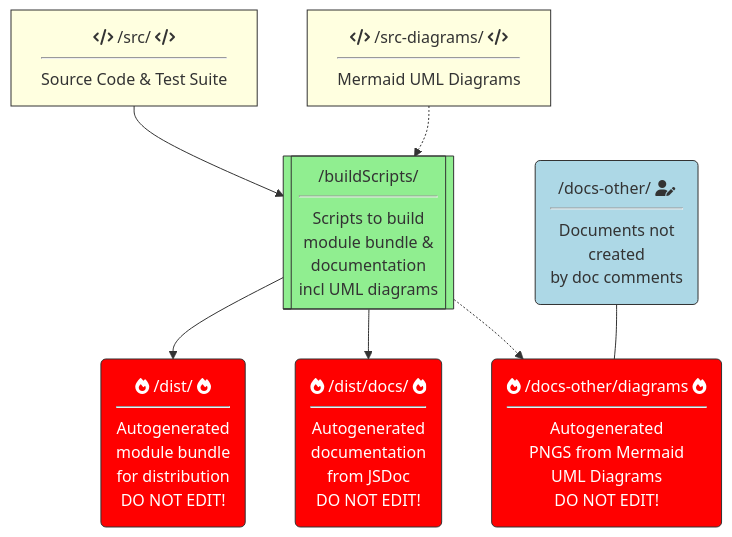
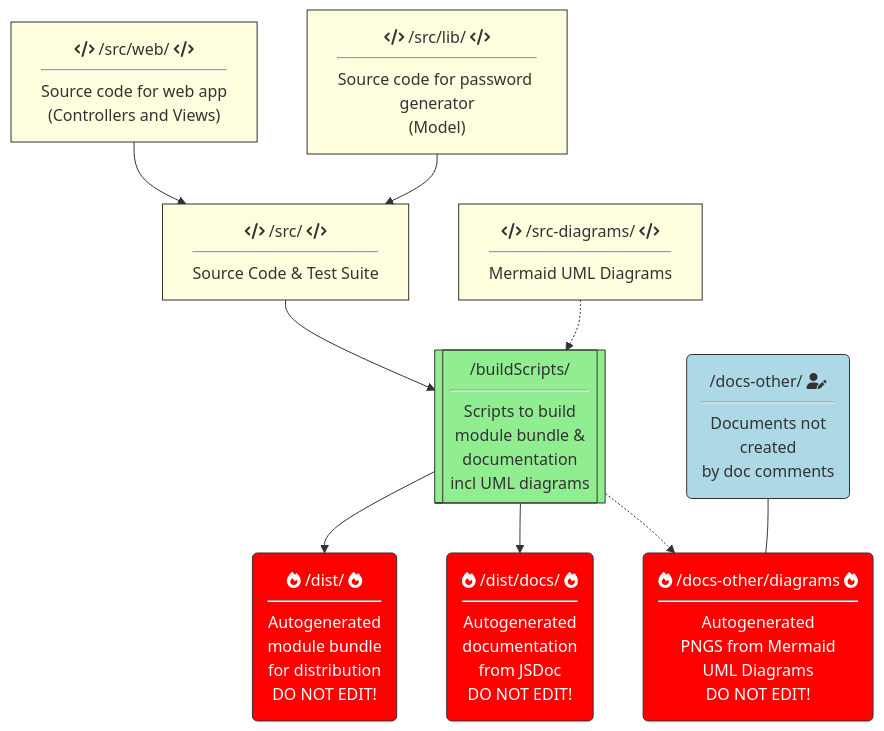
One commit to bartificer/xkpasswd-js changed the diagram in src-diagrams/XKPasswdJS-docs-diagram.mmd.md. Above: the diagram before and after it, drawn with Mermaid.

Commit message:
MAINTENANCE update diagram to include the classes in the web directory

````diff
--- a/src-diagrams/XKPasswdJS-docs-diagram.mmd.md
+++ b/src-diagrams/XKPasswdJS-docs-diagram.mmd.md
@@ -1,27 +1,31 @@
 ```mermaid
 %%{ init: { 'flowchart': { 'curve': 'basis' } } }%%
 
 flowchart TD
+  web["fa:fa-code /src/web/ fa:fa-code<br><hr>Source code for web app<br/>(Controllers and Views)"] --> src
+  lib["fa:fa-code /src/lib/ fa:fa-code<br><hr>Source code for password generator<br/>(Model)"] --> src
 	src["fa:fa-code /src/ fa:fa-code<br><hr>Source Code & Test Suite"]
 	--> buildScripts[["/buildScripts/<br><hr>Scripts to build<br>module bundle &<br>documentation<br>incl UML diagrams"]]
 	--> dist("fa:fa-fire /dist/ fa:fa-fire<br><hr>Autogenerated <br>module bundle<br>for distribution<br>DO NOT EDIT!") & docs("fa:fa-fire /dist/docs/ fa:fa-fire<br><hr>Autogenerated<br>documentation<br>from JSDoc<br>DO NOT EDIT!")
 
 	srcDiagrams["fa:fa-code /src-diagrams/ fa:fa-code<br><hr>Mermaid UML Diagrams"]
 	.-> buildScripts
 	.-> docsOtherDiagrams("fa:fa-fire /docs-other/diagrams fa:fa-fire <br><hr>Autogenerated<br>PNGS from Mermaid<br>UML Diagrams<br>DO NOT EDIT!")
 
 	docsOther("/docs-other/ fa:fa-user-edit<br><hr>Documents not<br>created<br> by doc comments") --- docsOtherDiagrams
 
 	classDef default stroke:#333
 	classDef doNotEdit color:#ffffff, fill:#ff0000
 	classDef inputSrc fill: #FFFFE0
 
 	style buildScripts fill:#90EE90
 	style docsOther fill: #ADD8E6
 
 	class src inputSrc;
+	class web inputSrc;
+  class lib inputSrc;
 	class dist doNotEdit;
 	class docs doNotEdit;
 	class srcDiagrams inputSrc;
 	class docsOtherDiagrams doNotEdit;
 ```
````
